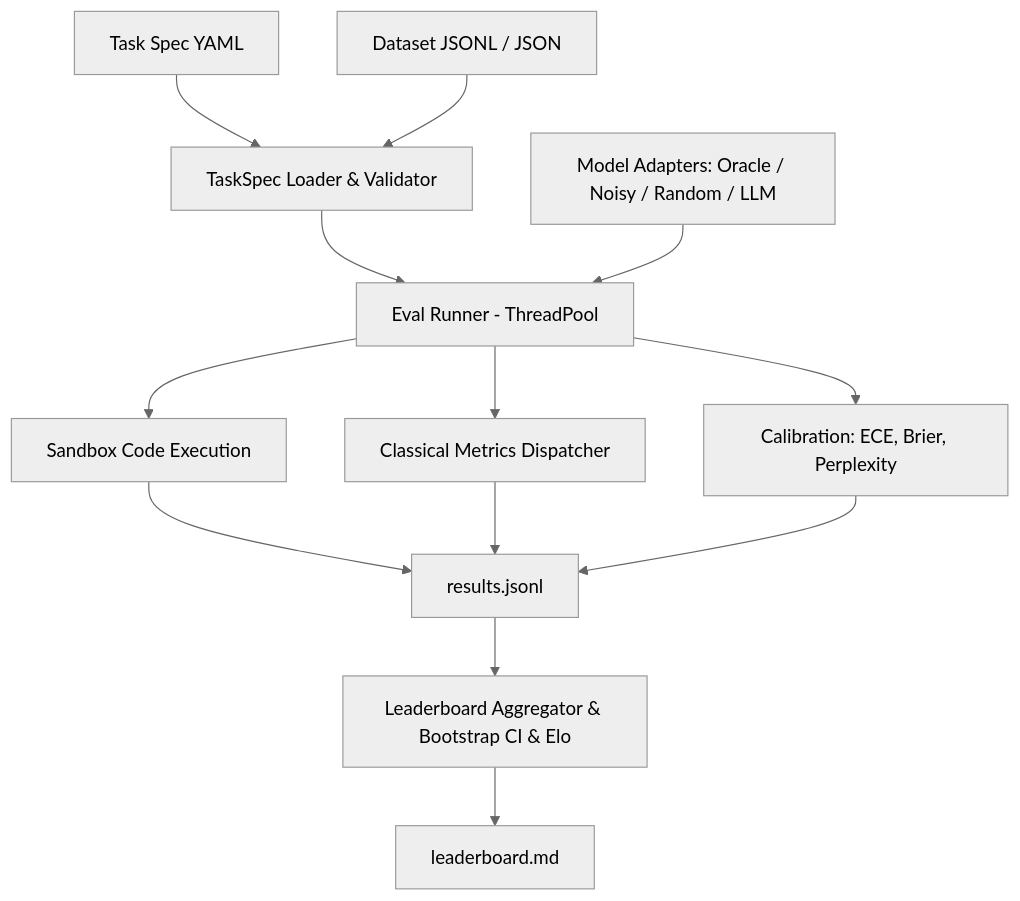
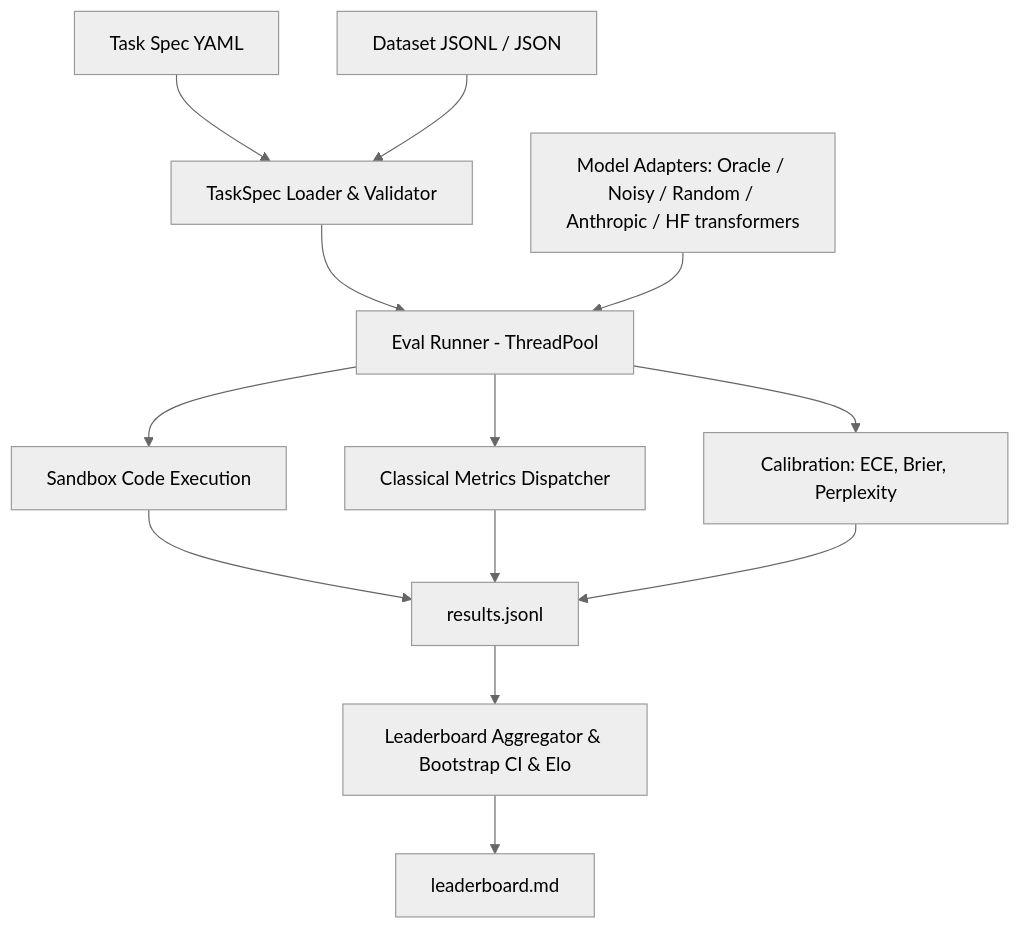
One commit to d41sys/evalkit changed the diagram in README.md. Above: the diagram before and after it, drawn with Mermaid (neutral theme). The commit also changed other lines of this file and 6 other files, not shown here.

Commit message:
feat: Hugging Face transformers adapter (hf:<model_id>) and real-model leaderboard

````diff
--- a/README.md
+++ b/README.md
@@ -19,15 +19,15 @@
 ```mermaid
 flowchart TD
     YAML[Task Spec YAML] --> Spec[TaskSpec Loader & Validator]
     Data[Dataset JSONL / JSON] --> Spec
     Spec --> Runner[Eval Runner - ThreadPool]
-    Models[Model Adapters: Oracle / Noisy / Random / LLM] --> Runner
+    Models[Model Adapters: Oracle / Noisy / Random / Anthropic / HF transformers] --> Runner
     Runner --> Exec[Sandbox Code Execution]
     Runner --> Class[Classical Metrics Dispatcher]
     Runner --> Calib[Calibration: ECE, Brier, Perplexity]
     Exec --> Results[results.jsonl]
     Class --> Results
     Calib --> Results
     Results --> Agg[Leaderboard Aggregator & Bootstrap CI & Elo]
     Agg --> Board[leaderboard.md]
 ```
````
